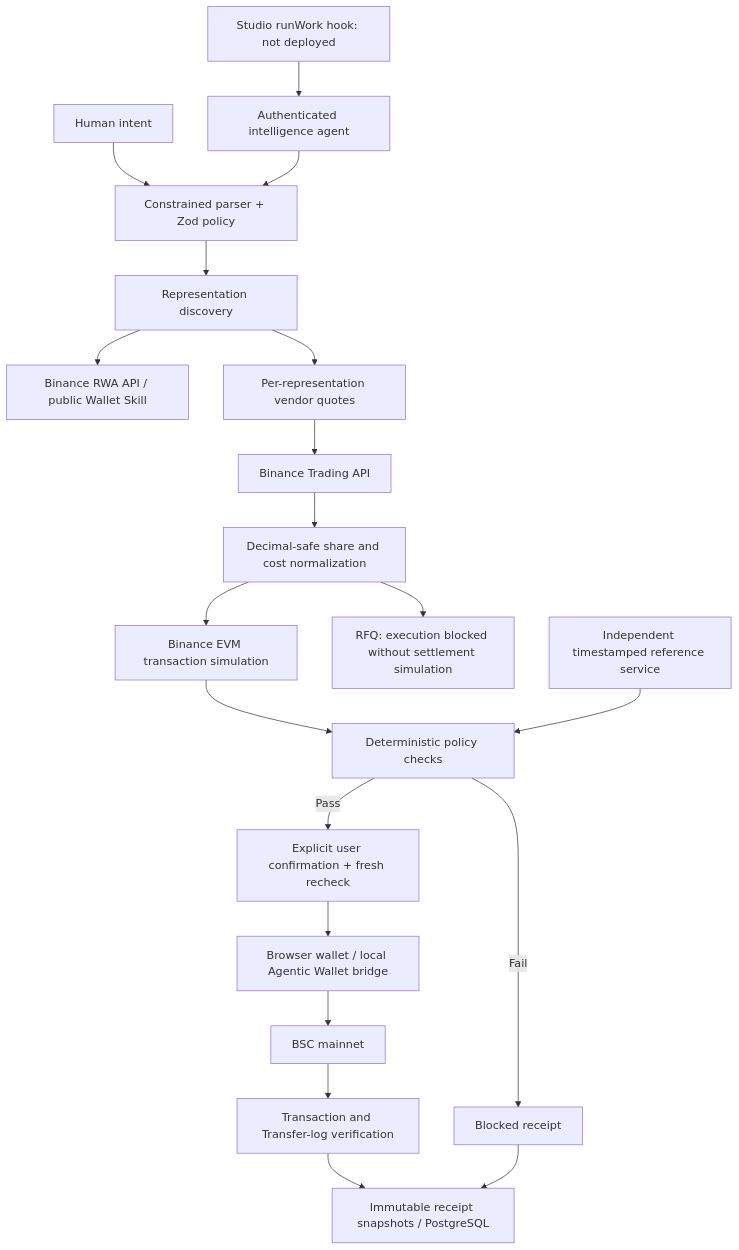
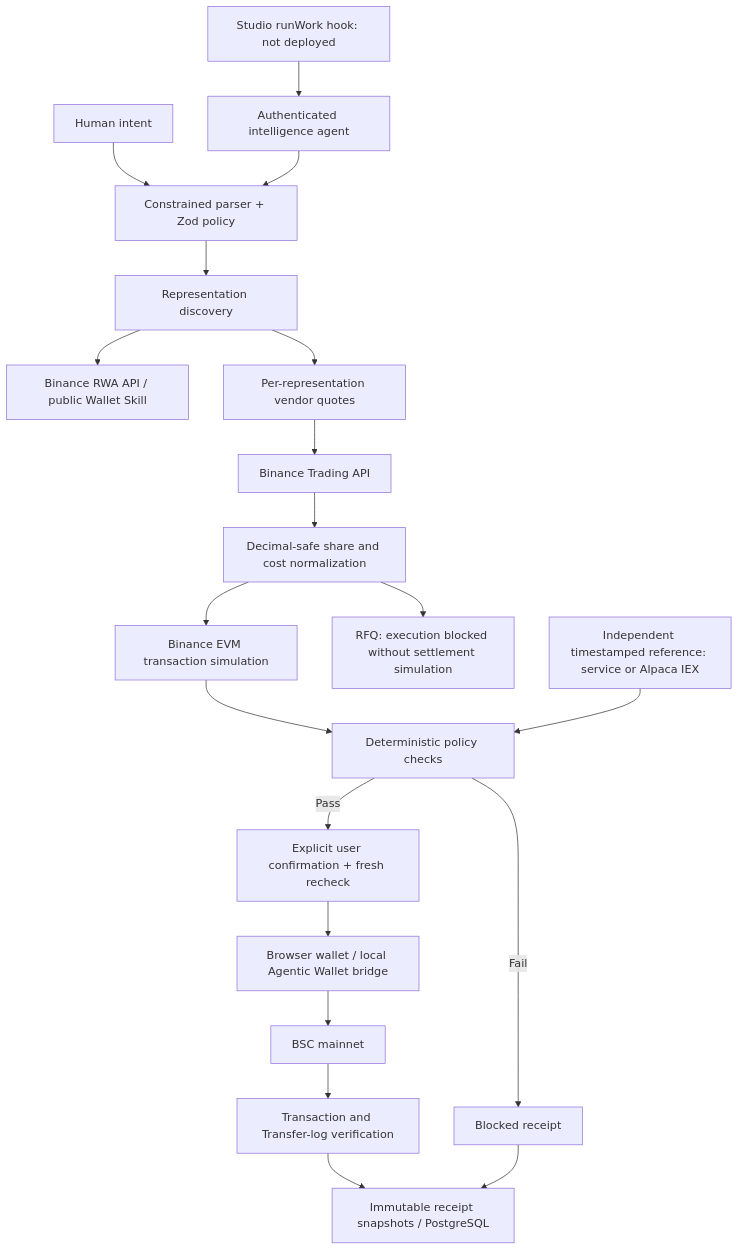
The diagram in README.md (rosario1709/BNB-Hackaton), drawn with Mermaid before and after one commit. The commit also changed other lines of this file and 69 other files, not shown here.

````diff
--- a/README.md
+++ b/README.md
@@ -51,22 +53,22 @@
 ```mermaid
 flowchart TD
     U[Human intent] --> P[Constrained parser + Zod policy]
     A[Authenticated intelligence agent] --> P
     P --> D[Representation discovery]
     D --> RWA[Binance RWA API / public Wallet Skill]
     D --> Q[Per-representation vendor quotes]
     Q --> T[Binance Trading API]
     T --> N[Decimal-safe share and cost normalization]
     N --> S[Binance EVM transaction simulation]
     N --> RFQ[RFQ: execution blocked without settlement simulation]
     S --> R[Deterministic policy checks]
-    REF[Independent timestamped reference service] --> R
+    REF[Independent timestamped reference: service or Alpaca IEX] --> R
     R -->|Fail| B[Blocked receipt]
     R -->|Pass| C[Explicit user confirmation + fresh recheck]
     C --> W[Browser wallet / local Agentic Wallet bridge]
     W --> BSC[BSC mainnet]
     BSC --> V[Transaction and Transfer-log verification]
     V --> DB[Immutable receipt snapshots / PostgreSQL]
     B --> DB
     ST[Studio runWork hook: not deployed] --> A
 ```
````
